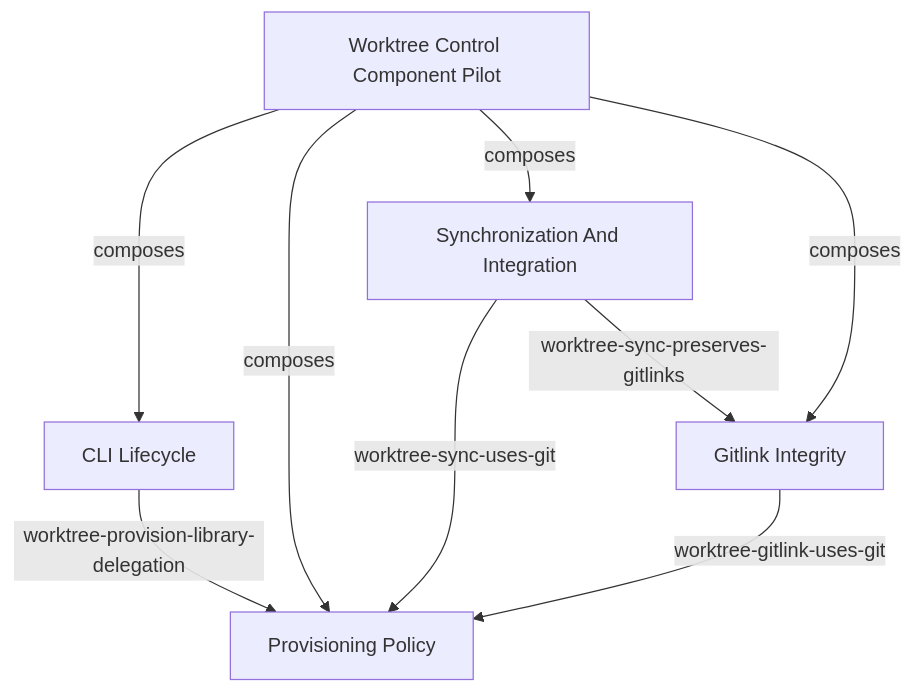
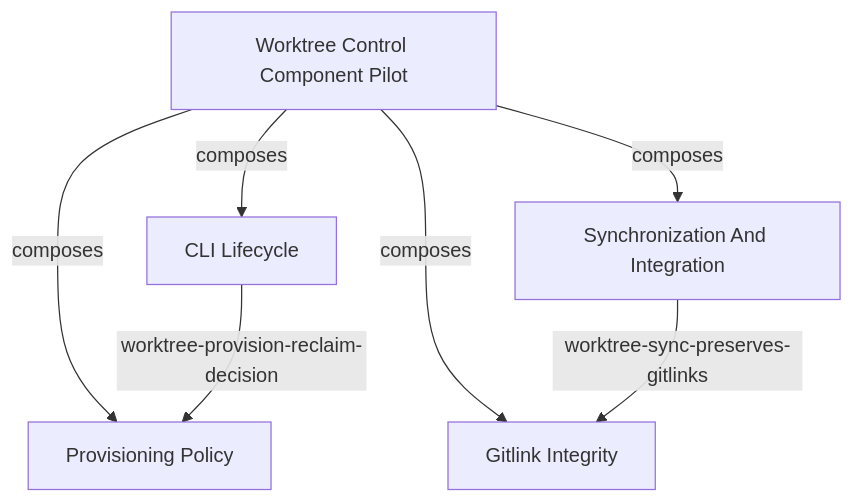
Before and after one commit to mankinskin/context-engine: the diagram in .spec/specs/fa6e85c8-866c-4d53-bb50-b78bd651e8ce/body.md, drawn with Mermaid. The commit also changed other lines of this file and 14 other files, not shown here.

````diff
--- a/.spec/specs/fa6e85c8-866c-4d53-bb50-b78bd651e8ce/body.md
+++ b/.spec/specs/fa6e85c8-866c-4d53-bb50-b78bd651e8ce/body.md
@@ -28,12 +33,10 @@
 ```mermaid
 flowchart TD
 	Pilot[Worktree Control Component Pilot]
 	Pilot -->|composes| Cli[CLI Lifecycle]
 	Pilot -->|composes| Provision[Provisioning Policy]
 	Pilot -->|composes| Sync[Synchronization And Integration]
 	Pilot -->|composes| Gitlink[Gitlink Integrity]
-	Cli -->|worktree-provision-library-delegation| Provision
-	Sync -->|worktree-sync-uses-git| Provision
-	Gitlink -->|worktree-gitlink-uses-git| Provision
+	Cli -->|worktree-provision-reclaim-decision| Provision
 	Sync -->|worktree-sync-preserves-gitlinks| Gitlink
 ```
````
